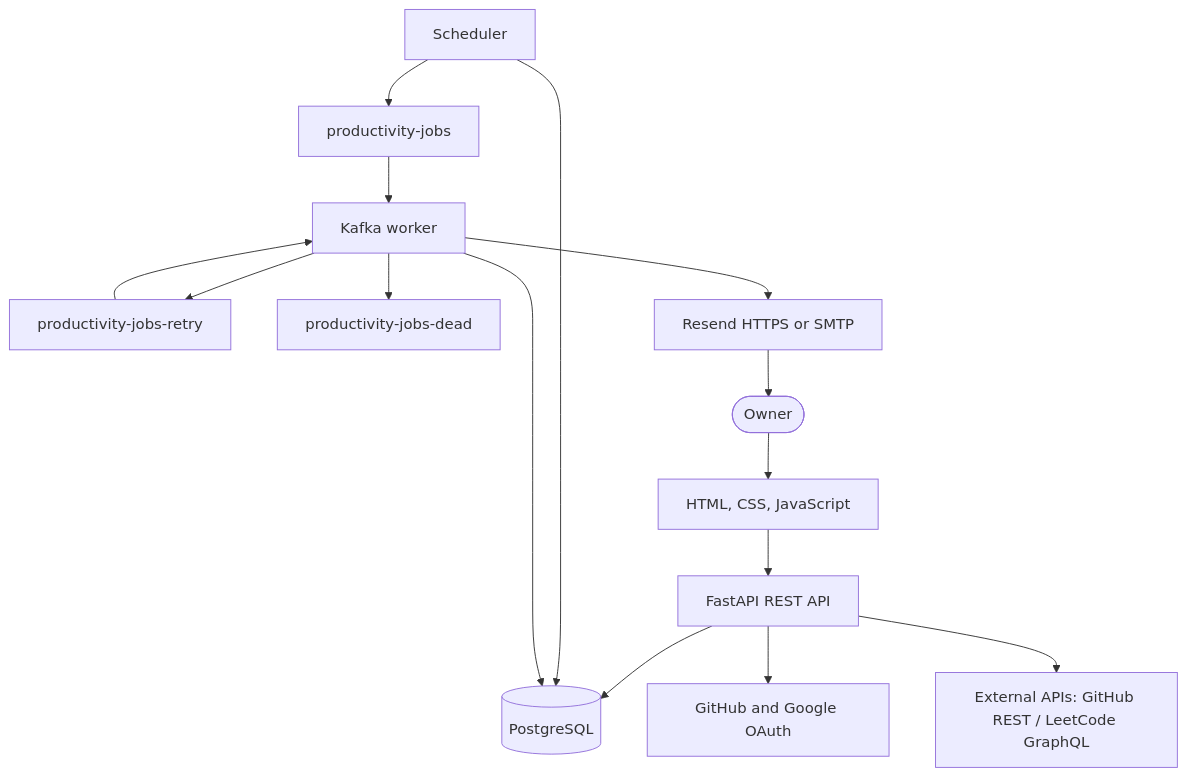
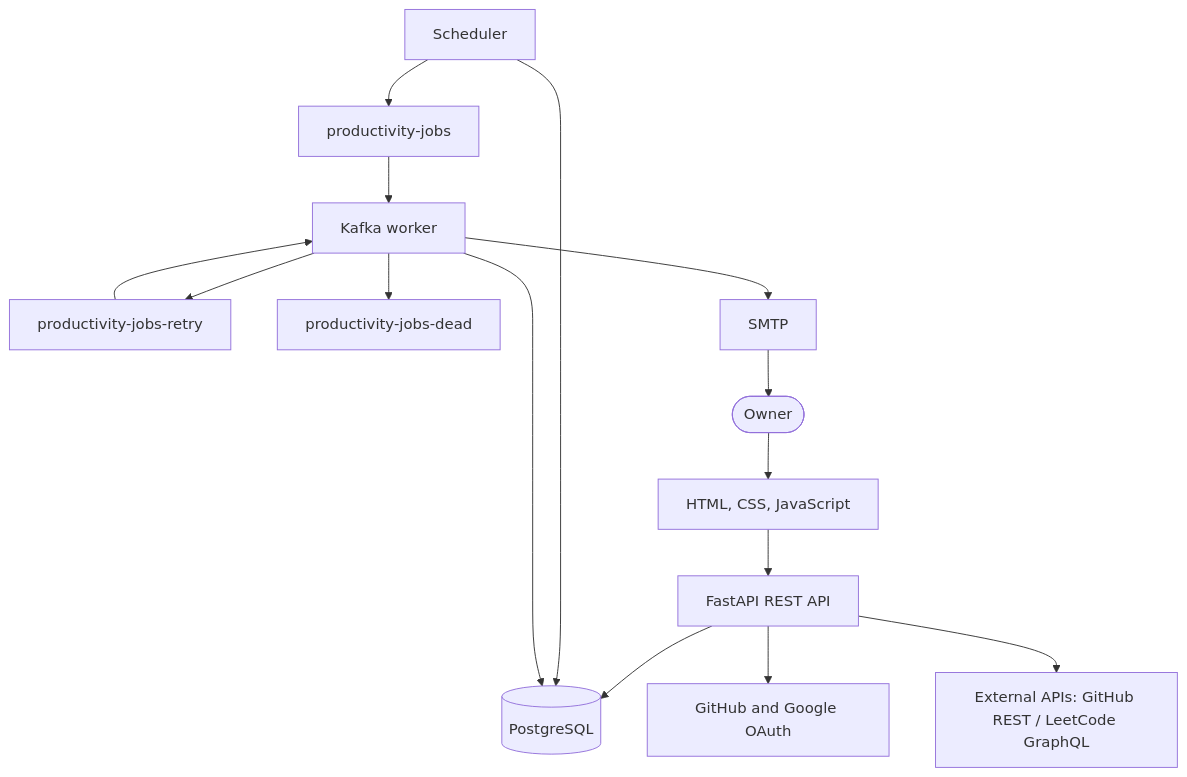
The first of 2 diagrams in ARCHITECTURE.md (rajeev8008/Pace), drawn with Mermaid before and after one commit. The commit also changed other lines of this file and 20 other files, not shown here.

````diff
--- a/ARCHITECTURE.md
+++ b/ARCHITECTURE.md
@@ -7,18 +7,18 @@
 ```mermaid
 flowchart TB
     User([Owner]) --> UI[HTML, CSS, JavaScript]
     UI --> API[FastAPI REST API]
     API --> DB[(PostgreSQL)]
     API --> OAuth[GitHub and Google OAuth]
     API --> External[External APIs: GitHub REST / LeetCode GraphQL]
 
     Scheduler --> DB
     Scheduler --> MainTopic[productivity-jobs]
     MainTopic --> Worker[Kafka worker]
     RetryTopic[productivity-jobs-retry] --> Worker
     Worker --> DB
     Worker --> RetryTopic
     Worker --> DeadTopic[productivity-jobs-dead]
-    Worker --> Email[Resend HTTPS or SMTP]
+    Worker --> Email[SMTP]
     Email --> User
 ```
````
